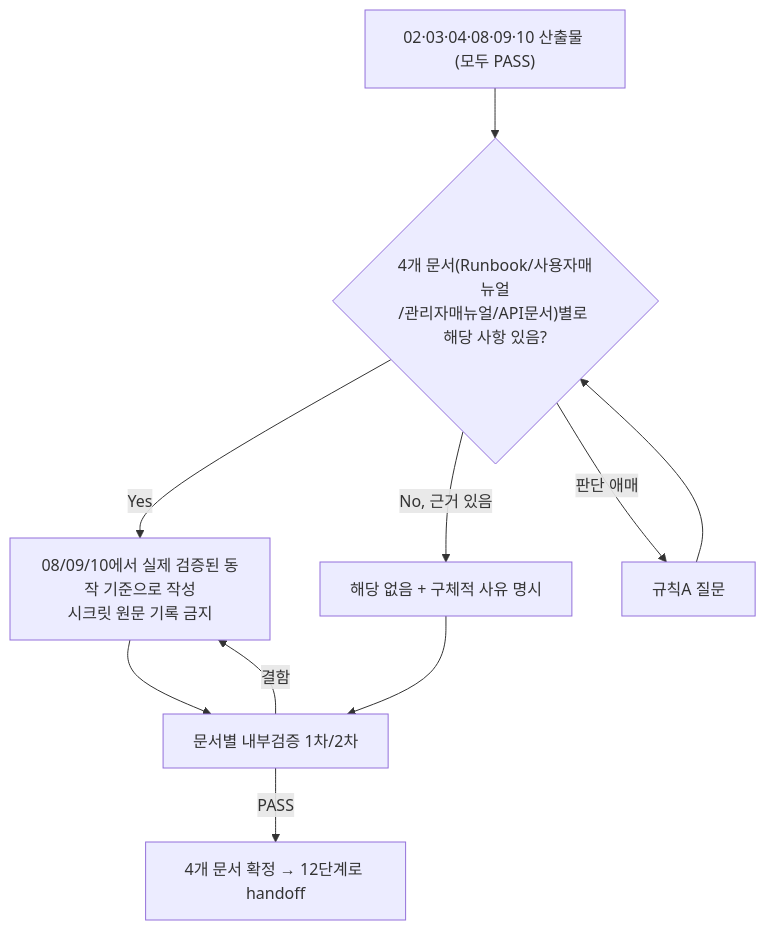
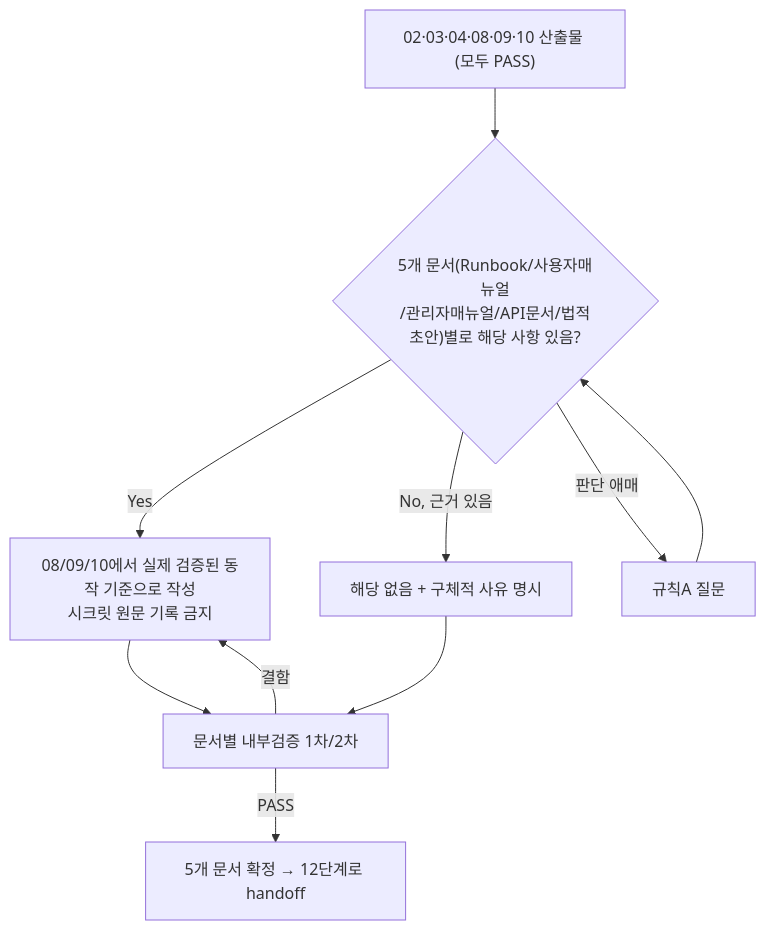
Before and after one commit to jcs19752510-ui/HANESS_AUTO: the diagram in .claude/agents/11-documentation-writer.md, drawn with Mermaid. The commit also changed other lines of this file and 11 other files, not shown here.

````diff
--- a/.claude/agents/11-documentation-writer.md
+++ b/.claude/agents/11-documentation-writer.md
@@ -78,12 +86,12 @@
 ```mermaid
 flowchart TD
-    A["02·03·04·08·09·10 산출물 (모두 PASS)"] --> B{"4개 문서(Runbook/사용자매뉴얼<br/>/관리자매뉴얼/API문서)별로 해당 사항 있음?"}
+    A["02·03·04·08·09·10 산출물 (모두 PASS)"] --> B{"5개 문서(Runbook/사용자매뉴얼<br/>/관리자매뉴얼/API문서/법적초안)별로 해당 사항 있음?"}
     B -->|Yes| C["08/09/10에서 실제 검증된 동작 기준으로 작성<br/>시크릿 원문 기록 금지"]
     B -->|No, 근거 있음| D["해당 없음 + 구체적 사유 명시"]
     B -->|판단 애매| E[규칙A 질문]
     E --> B
     C --> F
     D --> F["문서별 내부검증 1차/2차"]
     F -->|결함| C
-    F -->|PASS| G["4개 문서 확정 → 12단계로 handoff"]
+    F -->|PASS| G["5개 문서 확정 → 12단계로 handoff"]
 ```
````
